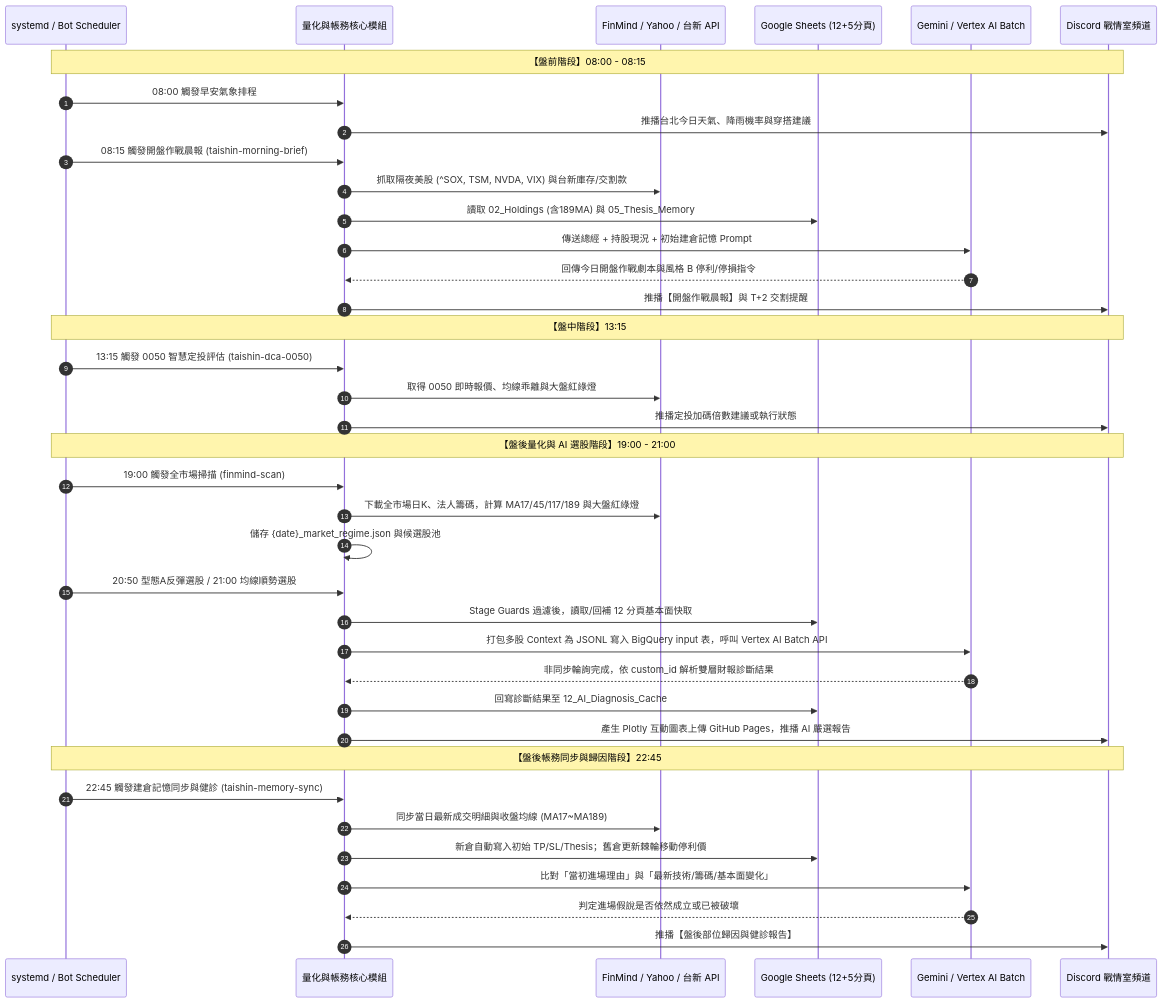
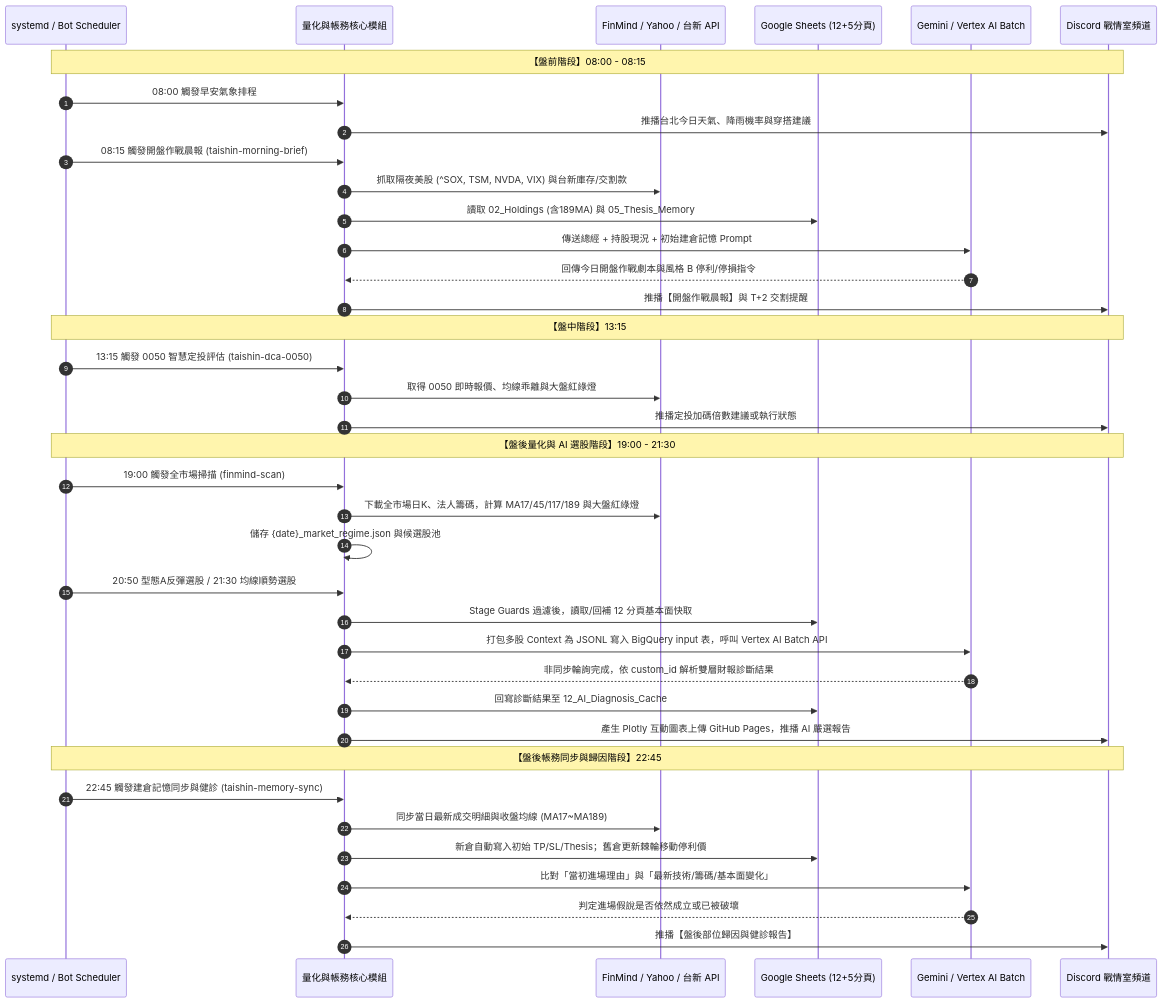
The second of 3 diagrams in discord_service_sasd.md (NickChung0725/Discord_Service), drawn with Mermaid before and after one commit. The commit also changed other lines of this file and 3 other files, not shown here.

````diff
--- a/discord_service_sasd.md
+++ b/discord_service_sasd.md
@@ -196,44 +196,44 @@
 ```mermaid
 sequenceDiagram
     autonumber
     participant Timer as systemd / Bot Scheduler
     participant Core as 量化與帳務核心模組
     participant Data as FinMind / Yahoo / 台新 API
     participant Cache as Google Sheets (12+5分頁)
     participant AI as Gemini / Vertex AI Batch
     participant DC as Discord 戰情室頻道
 
     Note over Timer,DC: 【盤前階段】08:00 - 08:15
     Timer->>Core: 08:00 觸發早安氣象排程
     Core->>DC: 推播台北今日天氣、降雨機率與穿搭建議
     Timer->>Core: 08:15 觸發開盤作戰晨報 (taishin-morning-brief)
     Core->>Data: 抓取隔夜美股 (^SOX, TSM, NVDA, VIX) 與台新庫存/交割款
     Core->>Cache: 讀取 02_Holdings (含189MA) 與 05_Thesis_Memory
     Core->>AI: 傳送總經 + 持股現況 + 初始建倉記憶 Prompt
     AI-->>Core: 回傳今日開盤作戰劇本與風格 B 停利/停損指令
     Core->>DC: 推播【開盤作戰晨報】與 T+2 交割提醒
 
     Note over Timer,DC: 【盤中階段】13:15
     Timer->>Core: 13:15 觸發 0050 智慧定投評估 (taishin-dca-0050)
     Core->>Data: 取得 0050 即時報價、均線乖離與大盤紅綠燈
     Core->>DC: 推播定投加碼倍數建議或執行狀態
 
-    Note over Timer,DC: 【盤後量化與 AI 選股階段】19:00 - 21:00
+    Note over Timer,DC: 【盤後量化與 AI 選股階段】19:00 - 21:30
     Timer->>Core: 19:00 觸發全市場掃描 (finmind-scan)
     Core->>Data: 下載全市場日K、法人籌碼，計算 MA17/45/117/189 與大盤紅綠燈
     Core->>Core: 儲存 {date}_market_regime.json 與候選股池
-    Timer->>Core: 20:50 型態A反彈選股 / 21:00 均線順勢選股
+    Timer->>Core: 20:50 型態A反彈選股 / 21:30 均線順勢選股
     Core->>Cache: Stage Guards 過濾後，讀取/回補 12 分頁基本面快取
     Core->>AI: 打包多股 Context 為 JSONL 寫入 BigQuery input 表，呼叫 Vertex AI Batch API
     AI-->>Core: 非同步輪詢完成，依 custom_id 解析雙層財報診斷結果
     Core->>Cache: 回寫診斷結果至 12_AI_Diagnosis_Cache
     Core->>DC: 產生 Plotly 互動圖表上傳 GitHub Pages，推播 AI 嚴選報告
 
     Note over Timer,DC: 【盤後帳務同步與歸因階段】22:45
     Timer->>Core: 22:45 觸發建倉記憶同步與健診 (taishin-memory-sync)
     Core->>Data: 同步當日最新成交明細與收盤均線 (MA17~MA189)
     Core->>Cache: 新倉自動寫入初始 TP/SL/Thesis；舊倉更新棘輪移動停利價
     Core->>AI: 比對「當初進場理由」與「最新技術/籌碼/基本面變化」
     AI-->>Core: 判定進場假說是否依然成立或已被破壞
     Core->>DC: 推播【盤後部位歸因與健診報告】
 ```
````
